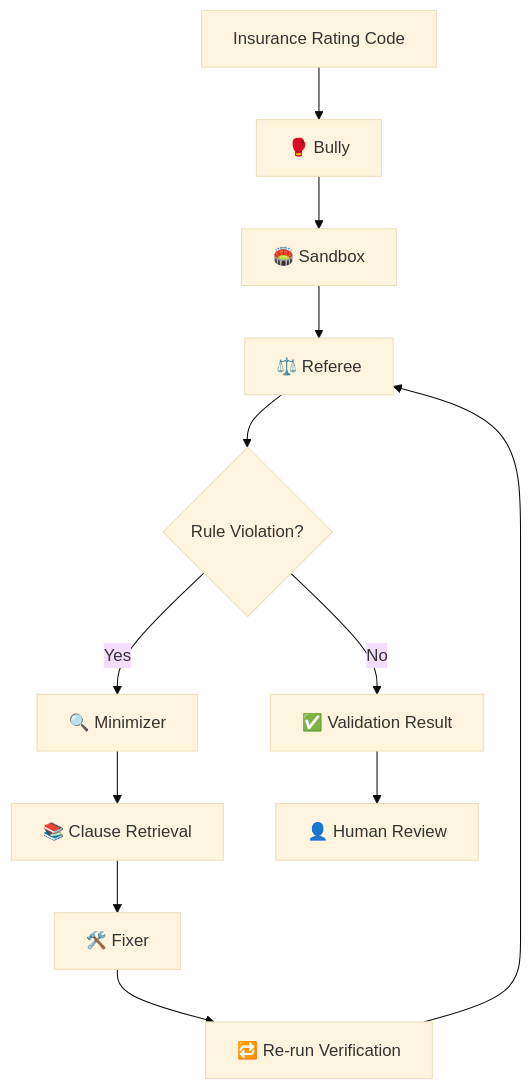
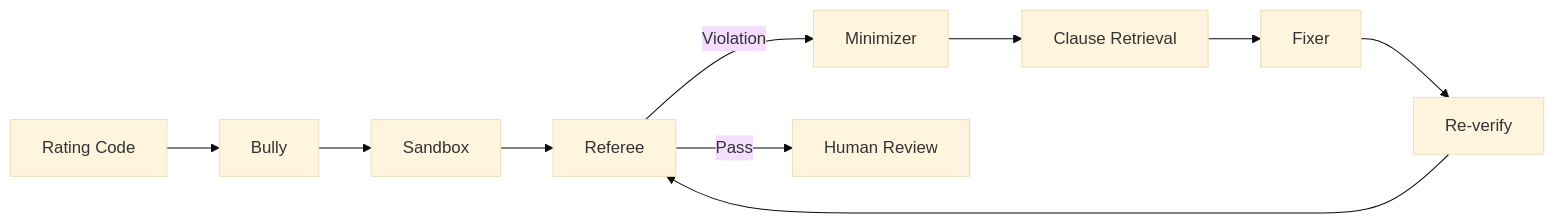
Before and after one commit to vuppunuthulanandini/Flarre-Fuzz: the diagram in README.md, drawn with Mermaid (base theme). The commit also changed other lines of this file, not shown here.

````diff
--- a/README.md
+++ b/README.md
@@ -42,14 +26,12 @@
 ```mermaid
-flowchart TD
-    A["Insurance Rating Code"] --> B["🥊 Bully"]
-    B --> C["🏟️ Sandbox"]
-    C --> D["⚖️ Referee"]
-    D --> E{"Rule Violation?"}
-    E -->|No| F["✅ Validation Result"]
-    E -->|Yes| G["🔍 Minimizer"]
-    G --> H["📚 Clause Retrieval"]
-    H --> I["🛠️ Fixer"]
-    I --> J["🔁 Re-run Verification"]
-    J --> D
-    F --> K["👤 Human Review"]
+flowchart LR
+ A["Rating Code"] --> B["Bully"]
+ B --> C["Sandbox"]
+ C --> D["Referee"]
+ D -->|Violation| E["Minimizer"]
+ E --> F["Clause Retrieval"]
+ F --> G["Fixer"]
+ G --> H["Re-verify"]
+ H --> D
+ D -->|Pass| I["Human Review"]
 ```
````
